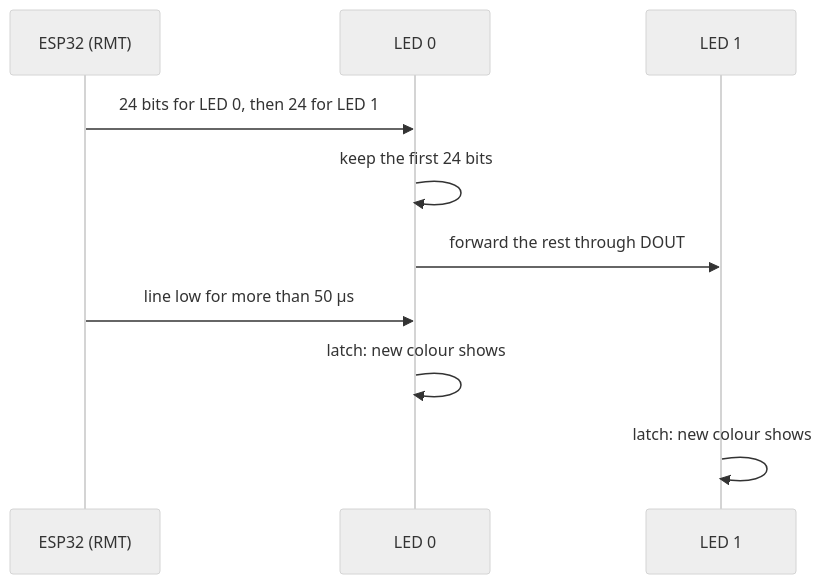
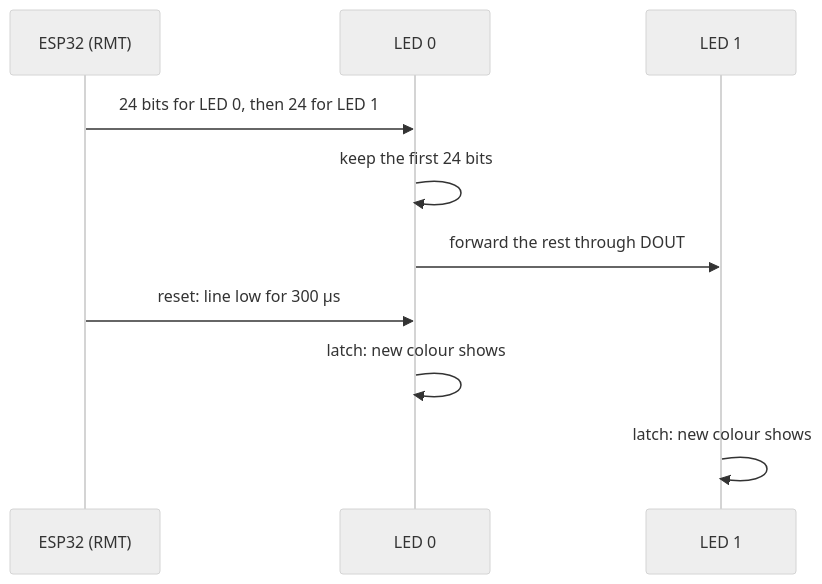
One commit to hardfoc/hf-ws2812-rmt-driver changed the diagram in docs/hardware.md. Above: the diagram before and after it, drawn with Mermaid (neutral theme). The commit also changed other lines of this file and 42 other files, not shown here.

````diff
--- a/docs/hardware.md
+++ b/docs/hardware.md
@@ -51,12 +51,12 @@
 ```mermaid
 sequenceDiagram
     participant E as ESP32 (RMT)
     participant L0 as LED 0
     participant L1 as LED 1
     E->>L0: 24 bits for LED 0, then 24 for LED 1
     L0->>L0: keep the first 24 bits
     L0->>L1: forward the rest through DOUT
-    E->>L0: line low for more than 50 µs
+    E->>L0: reset: line low for 300 µs
     L0->>L0: latch: new colour shows
     L1->>L1: latch: new colour shows
 ```
````
